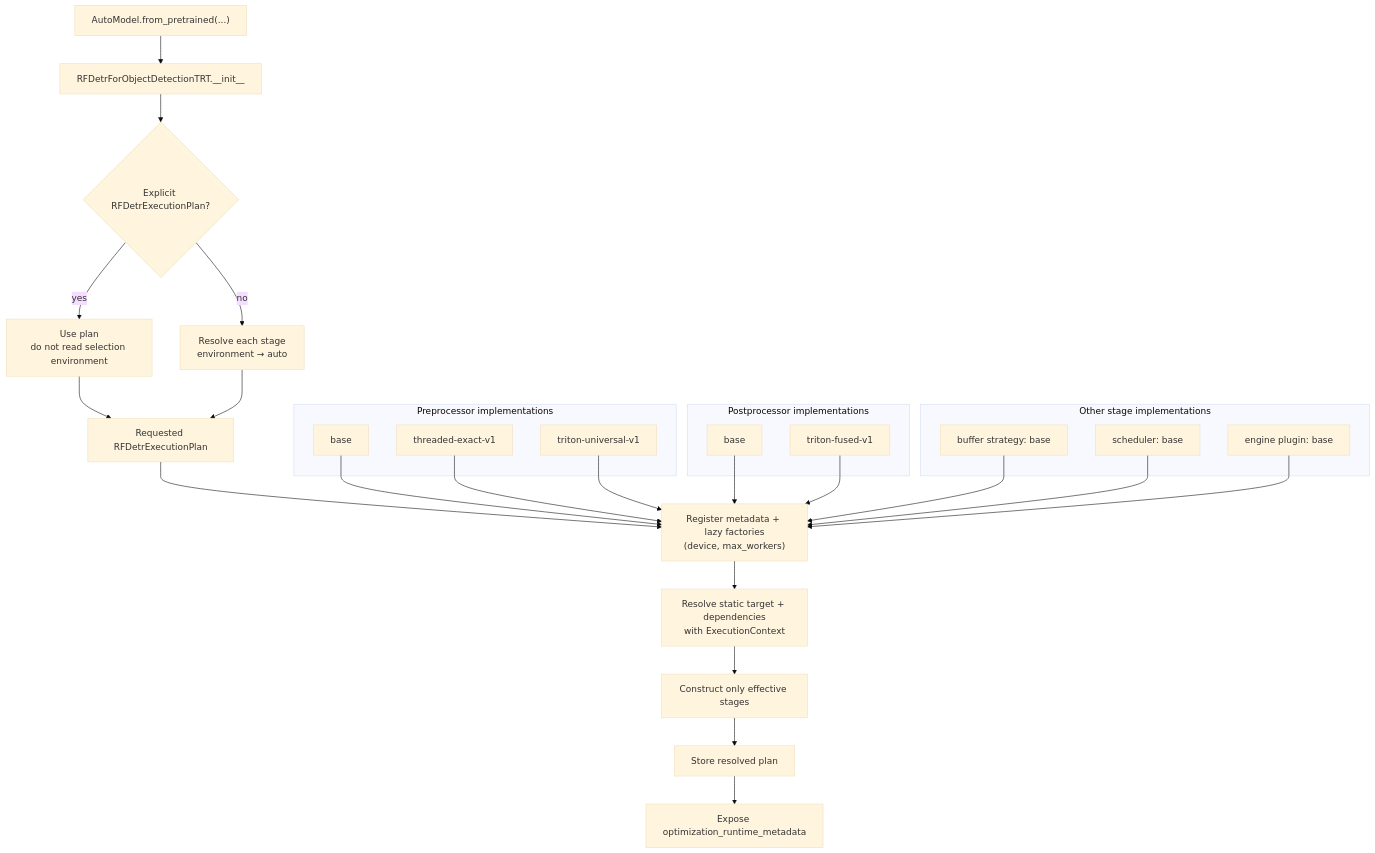
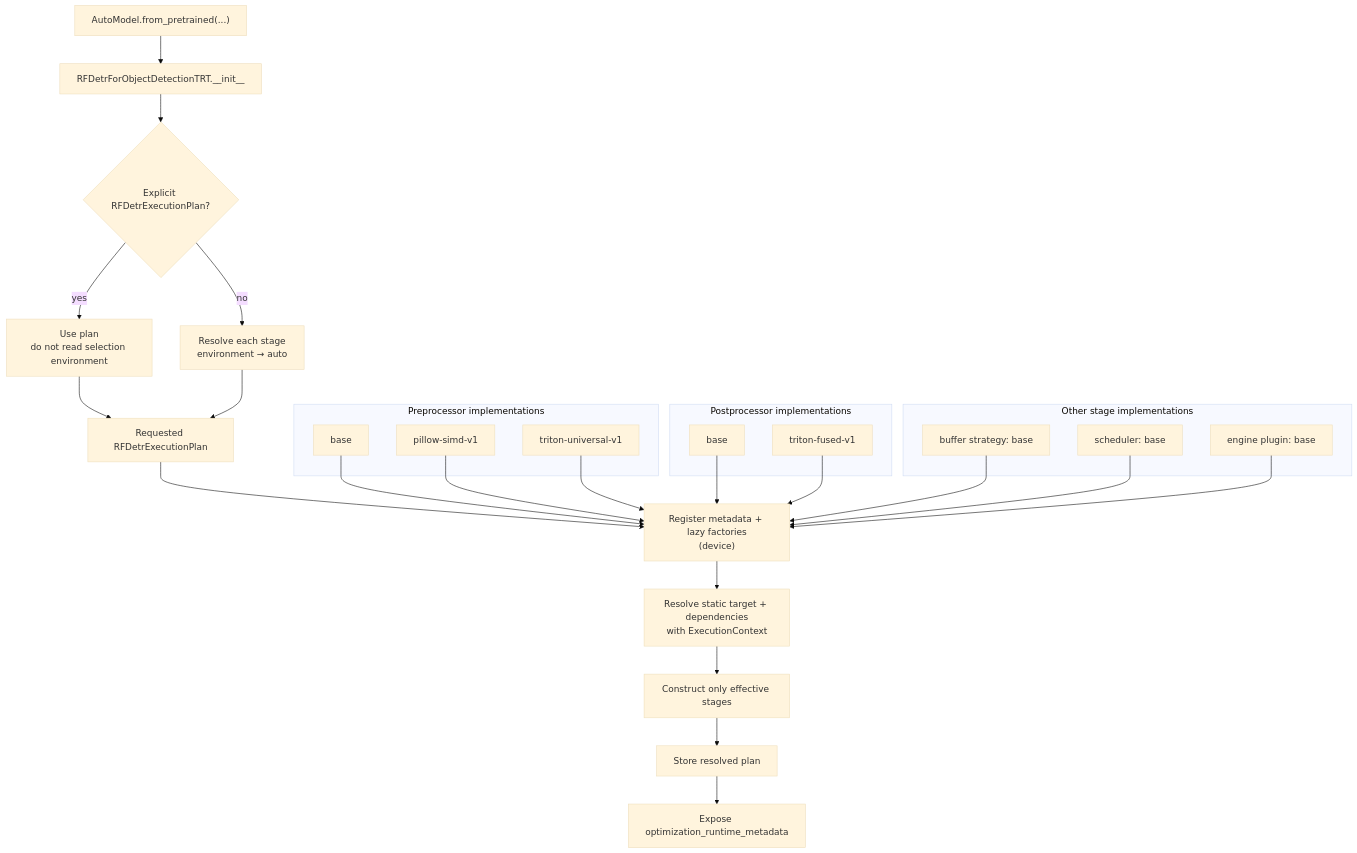
One commit to roboflow/inference changed the first of 2 diagrams in inference_models/docs/contributors/inference-path-optimization-architectures/rfdetr.md. Above: the diagram before and after it, drawn with Mermaid (base theme). The commit also changed other lines of this file and 19 other files, not shown here.

````diff
--- a/inference_models/docs/contributors/inference-path-optimization-architectures/rfdetr.md
+++ b/inference_models/docs/contributors/inference-path-optimization-architectures/rfdetr.md
@@ -43,42 +43,42 @@
 ```mermaid
 flowchart TD
     load["AutoModel.from_pretrained(...)"] --> init["RFDetrForObjectDetectionTRT.__init__"]
     init --> explicit{"Explicit RFDetrExecutionPlan?"}
     explicit -->|yes| use_plan["Use plan<br/>do not read selection environment"]
     explicit -->|no| precedence["Resolve each stage<br/>environment → auto"]
     use_plan --> requested["Requested RFDetrExecutionPlan"]
     precedence --> requested
 
-    requested --> build["Register metadata + lazy factories<br/>(device, max_workers)"]
+    requested --> build["Register metadata + lazy factories<br/>(device)"]
 
     subgraph preprocessors["Preprocessor implementations"]
         pre_base["base"]
-        pre_threaded["threaded-exact-v1"]
+        pre_simd["pillow-simd-v1"]
         pre_triton["triton-universal-v1"]
     end
 
     subgraph postprocessors["Postprocessor implementations"]
         post_base["base"]
         post_triton["triton-fused-v1"]
     end
 
     subgraph base_stages["Other stage implementations"]
         buffer_base["buffer strategy: base"]
         scheduler_base["scheduler: base"]
         plugin_base["engine plugin: base"]
     end
 
     pre_base --> build
-    pre_threaded --> build
+    pre_simd --> build
     pre_triton --> build
     post_base --> build
     post_triton --> build
     buffer_base --> build
     scheduler_base --> build
     plugin_base --> build
 
     build --> resolve["Resolve static target + dependencies<br/>with ExecutionContext"]
     resolve --> construct["Construct only effective stages"]
     construct --> store["Store resolved plan"]
     store --> metadata["Expose optimization_runtime_metadata"]
 ```
````
